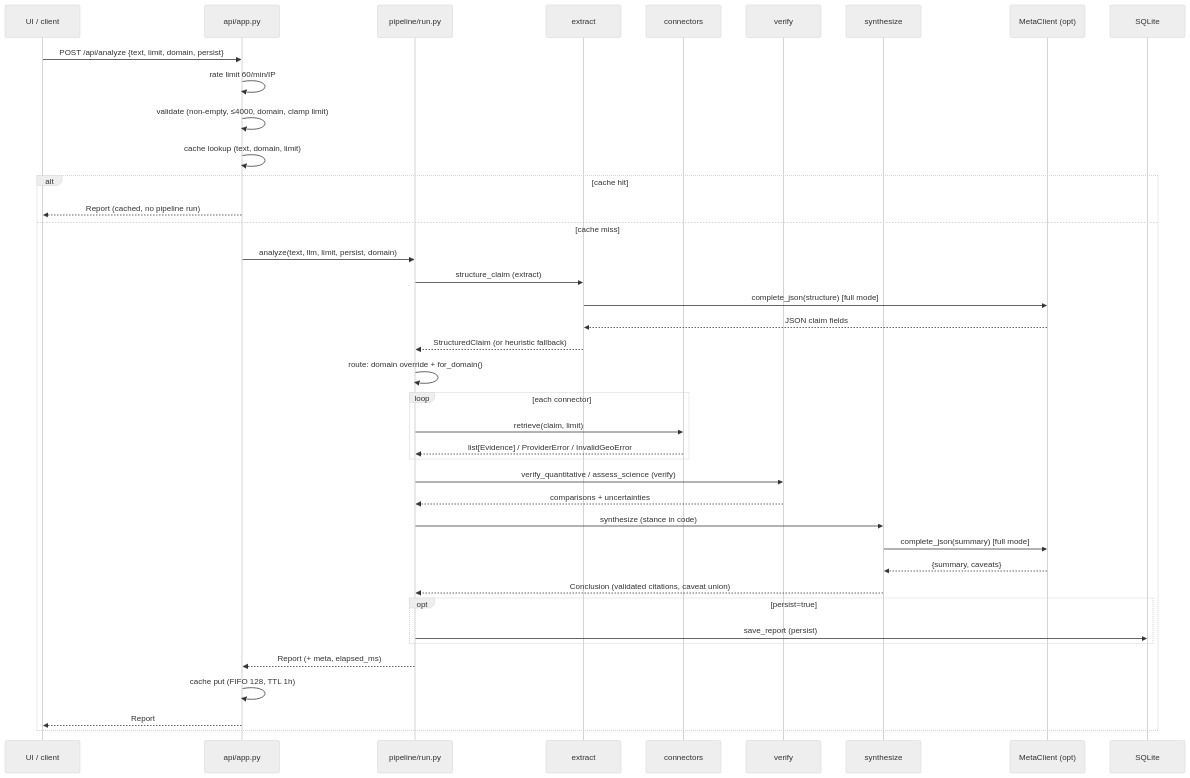
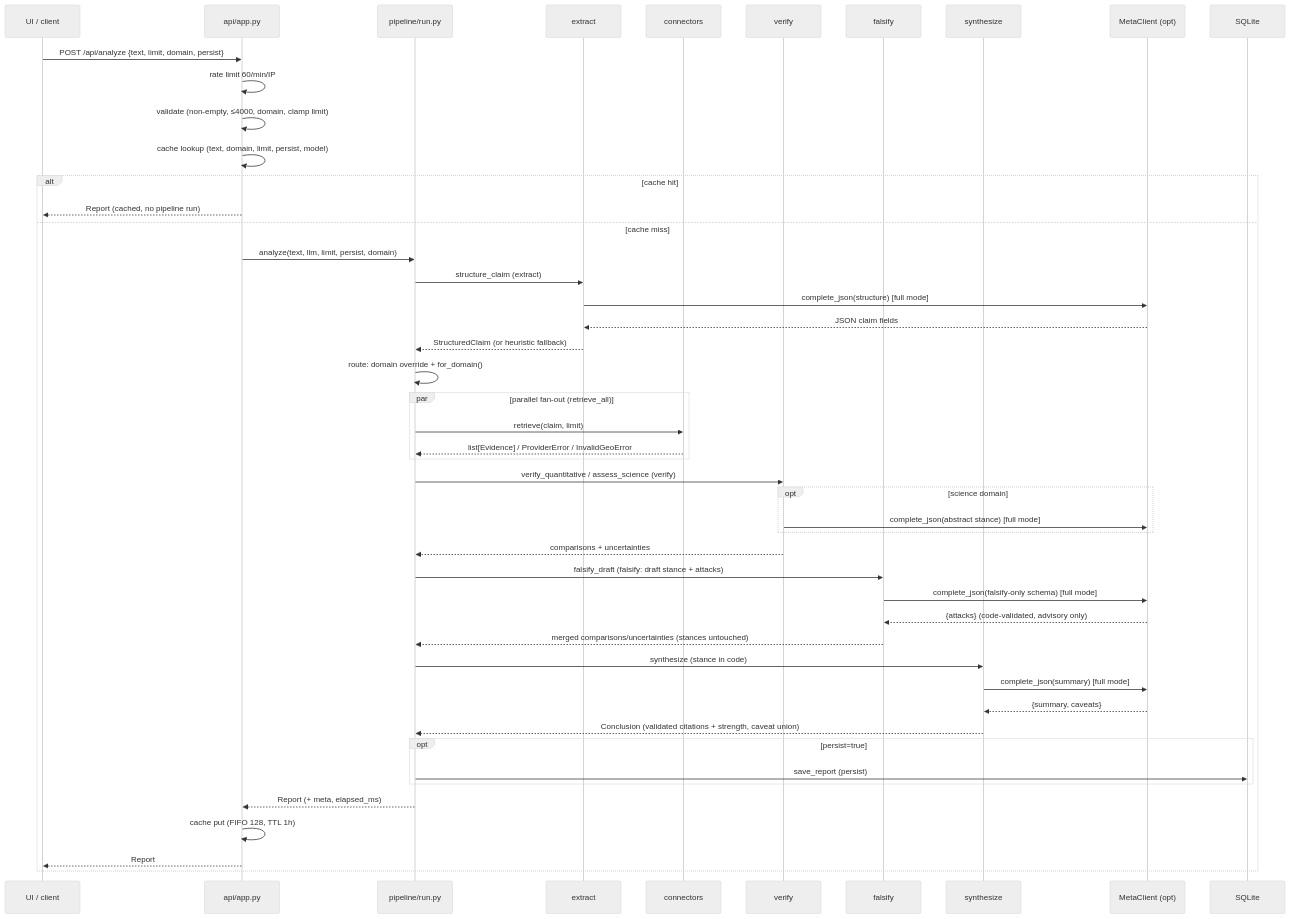
One commit to kiltro-dev/evidence-platform changed the fourth of 7 diagrams in docs/ARCHITECTURE.md. Above: the diagram before and after it, drawn with Mermaid (neutral theme). The commit also changed other lines of this file and 47 other files, not shown here.

First line of the commit message:
Operation First Place v0.3.0: precision methodology, advisory falsification, abstract science, receipt UX

````diff
--- a/docs/ARCHITECTURE.md
+++ b/docs/ARCHITECTURE.md
@@ -117,43 +129,51 @@
 ```mermaid
 sequenceDiagram
     participant U as UI / client
     participant A as api/app.py
     participant R as pipeline/run.py
     participant X as extract
     participant C as connectors
     participant V as verify
+    participant F as falsify
     participant S as synthesize
     participant M as MetaClient (opt)
     participant D as SQLite
 
     U->>A: POST /api/analyze {text, limit, domain, persist}
     A->>A: rate limit 60/min/IP
     A->>A: validate (non-empty, ≤4000, domain, clamp limit)
-    A->>A: cache lookup (text, domain, limit)
+    A->>A: cache lookup (text, domain, limit, persist, model)
     alt cache hit
         A-->>U: Report (cached, no pipeline run)
     else cache miss
         A->>R: analyze(text, llm, limit, persist, domain)
         R->>X: structure_claim (extract)
         X->>M: complete_json(structure) [full mode]
         M-->>X: JSON claim fields
         X-->>R: StructuredClaim (or heuristic fallback)
         R->>R: route: domain override + for_domain()
-        loop each connector
+        par parallel fan-out (retrieve_all)
             R->>C: retrieve(claim, limit)
             C-->>R: list[Evidence] / ProviderError / InvalidGeoError
         end
         R->>V: verify_quantitative / assess_science (verify)
+        opt science domain
+            V->>M: complete_json(abstract stance) [full mode]
+        end
         V-->>R: comparisons + uncertainties
+        R->>F: falsify_draft (falsify: draft stance + attacks)
+        F->>M: complete_json(falsify-only schema) [full mode]
+        M-->>F: {attacks} (code-validated, advisory only)
+        F-->>R: merged comparisons/uncertainties (stances untouched)
         R->>S: synthesize (stance in code)
         S->>M: complete_json(summary) [full mode]
         M-->>S: {summary, caveats}
-        S-->>R: Conclusion (validated citations, caveat union)
+        S-->>R: Conclusion (validated citations + strength, caveat union)
         opt persist=true
             R->>D: save_report (persist)
         end
         R-->>A: Report (+ meta, elapsed_ms)
         A->>A: cache put (FIFO 128, TTL 1h)
         A-->>U: Report
     end
 ```
````
